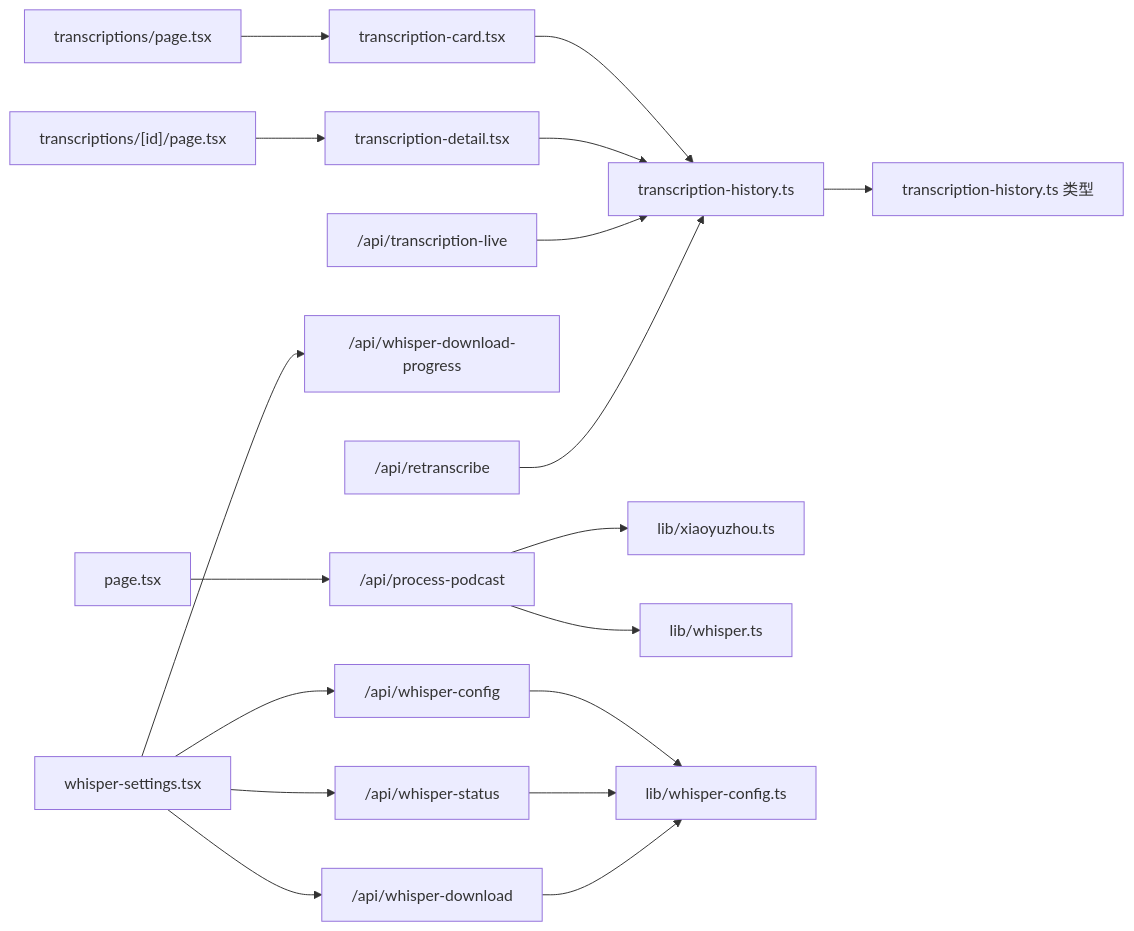
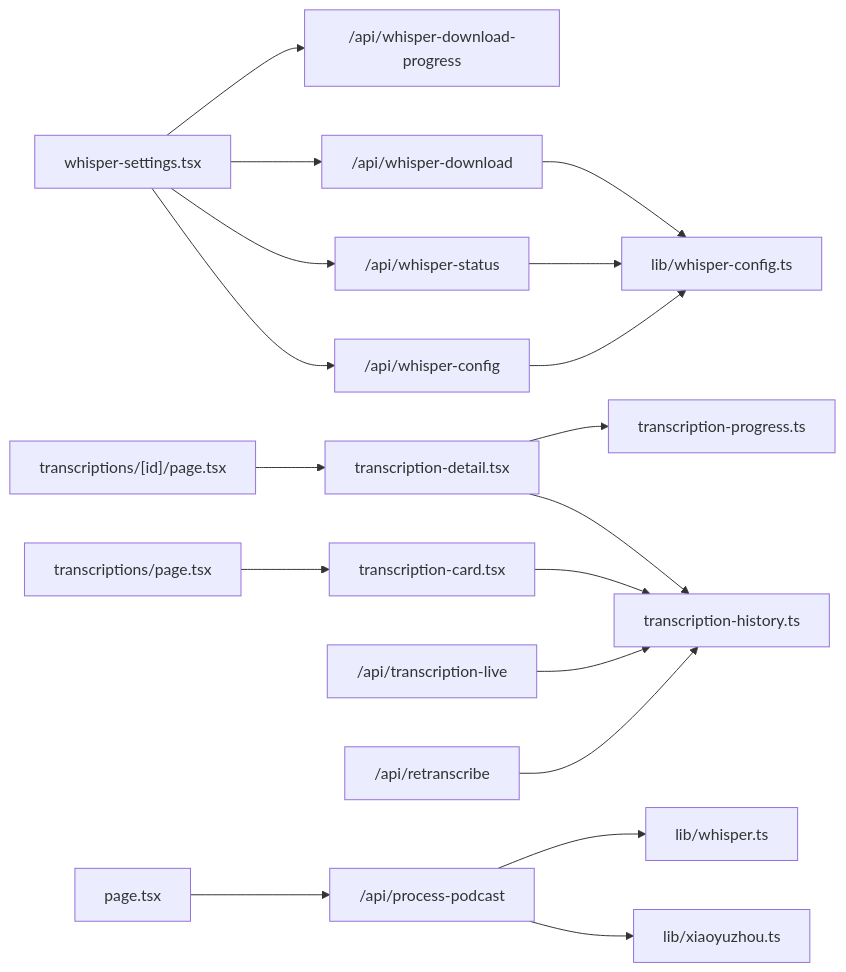
Before and after one commit to clawbotai/memo-flow: diagram 11 of 11 in .qoder/repowiki/zh/content/UI 组件系统/业务组件.md, drawn with Mermaid. The commit also changed other lines of this file and 14 other files, not shown here.

First line of the commit message:
feat(api): 优化转录进度合并策略和详情视图功能

````diff
--- a/.qoder/repowiki/zh/content/UI 组件系统/业务组件.md
+++ b/.qoder/repowiki/zh/content/UI 组件系统/业务组件.md
@@ -532,20 +560,20 @@
 ```mermaid
 graph LR
 WS["whisper-settings.tsx"] --> R1["/api/whisper-config"]
 WS --> R2["/api/whisper-status"]
 WS --> R3["/api/whisper-download"]
 WS --> R4["/api/whisper-download-progress"]
 TC["transcription-card.tsx"] --> THL["transcription-history.ts"]
 TD["transcription-detail.tsx"] --> THL
-THL --> TH["transcription-history.ts 类型"]
+TD --> TPRO["transcription-progress.ts"]
 TP["transcriptions/page.tsx"] --> TC
 TID["transcriptions/[id]/page.tsx"] --> TD
 R6["/api/transcription-live"] --> THL
 R7["/api/retranscribe"] --> THL
 HP["page.tsx"] --> R5["/api/process-podcast"]
 R5 --> XY["lib/xiaoyuzhou.ts"]
 R5 --> W["lib/whisper.ts"]
 R1 --> WC["lib/whisper-config.ts"]
 R2 --> WC
 R3 --> WC
 ```
````
